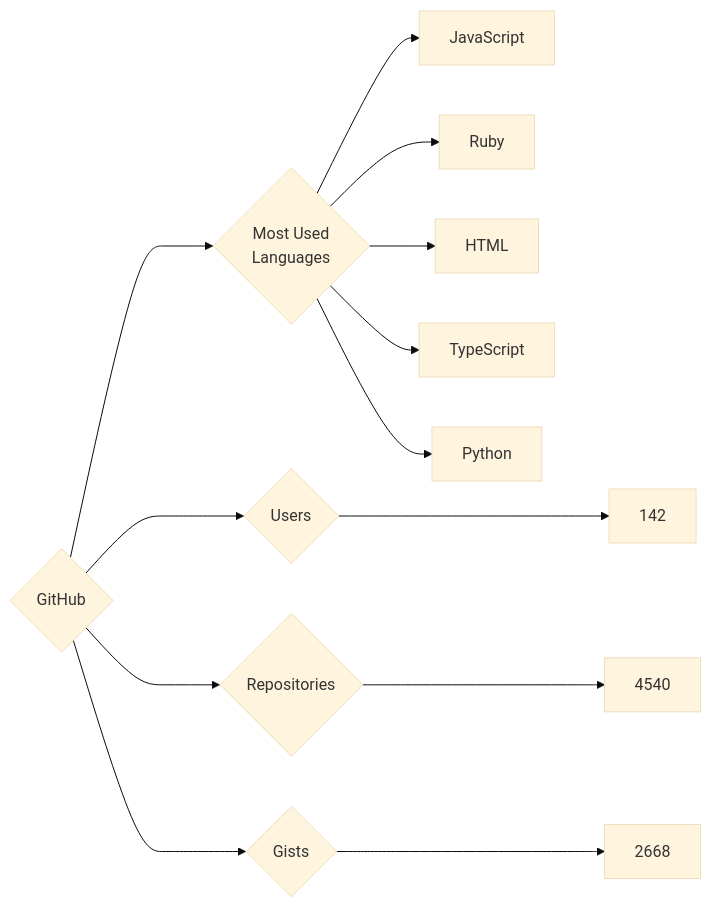
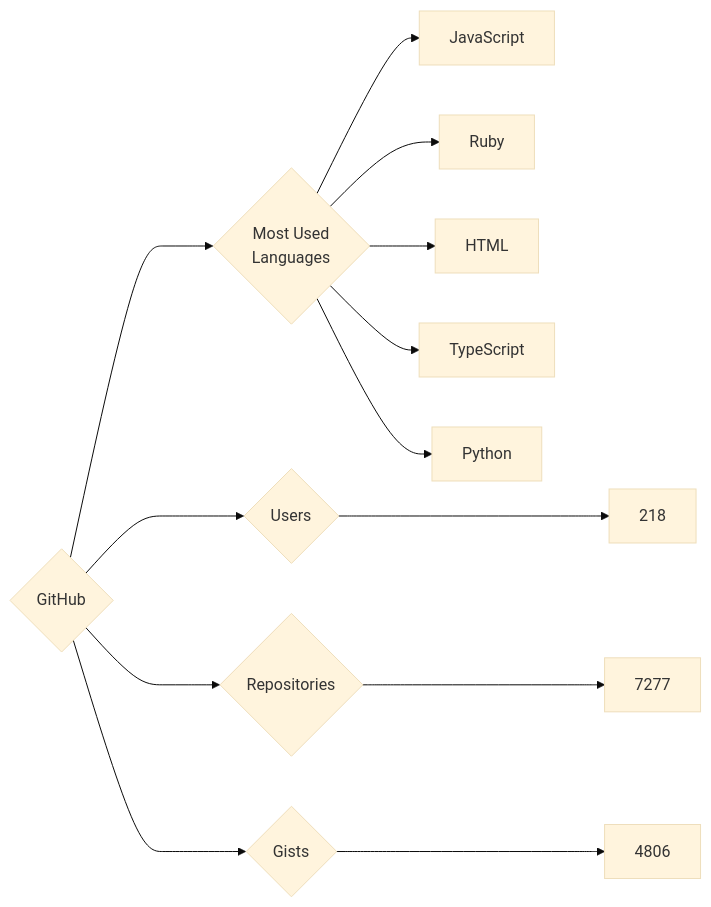
One commit to trickest/insiders changed the diagram in targets/GitHub/README.md. Above: the diagram before and after it, drawn with Mermaid (base theme). The commit also changed 723 other files, not shown here.

````diff
--- a/targets/GitHub/README.md
+++ b/targets/GitHub/README.md
@@ -3,13 +3,13 @@
 ```mermaid
 graph LR
 COMPANY_NAME{GitHub}
-COMPANY_NAME ---> U{Users} ---> UN[142]
-COMPANY_NAME ---> R{Repositories} ---> RN[4540]
-COMPANY_NAME ---> G{Gists} ---> GN[2668]
+COMPANY_NAME ---> U{Users} ---> UN[218]
+COMPANY_NAME ---> R{Repositories} ---> RN[7277]
+COMPANY_NAME ---> G{Gists} ---> GN[4806]
 COMPANY_NAME ---> ML{Most Used<br>Languages}
 ML --> JavaScript[JavaScript]
 ML --> Ruby[Ruby]
 ML --> HTML[HTML]
 ML --> TypeScript[TypeScript]
 ML --> Python[Python]
 ```
````
